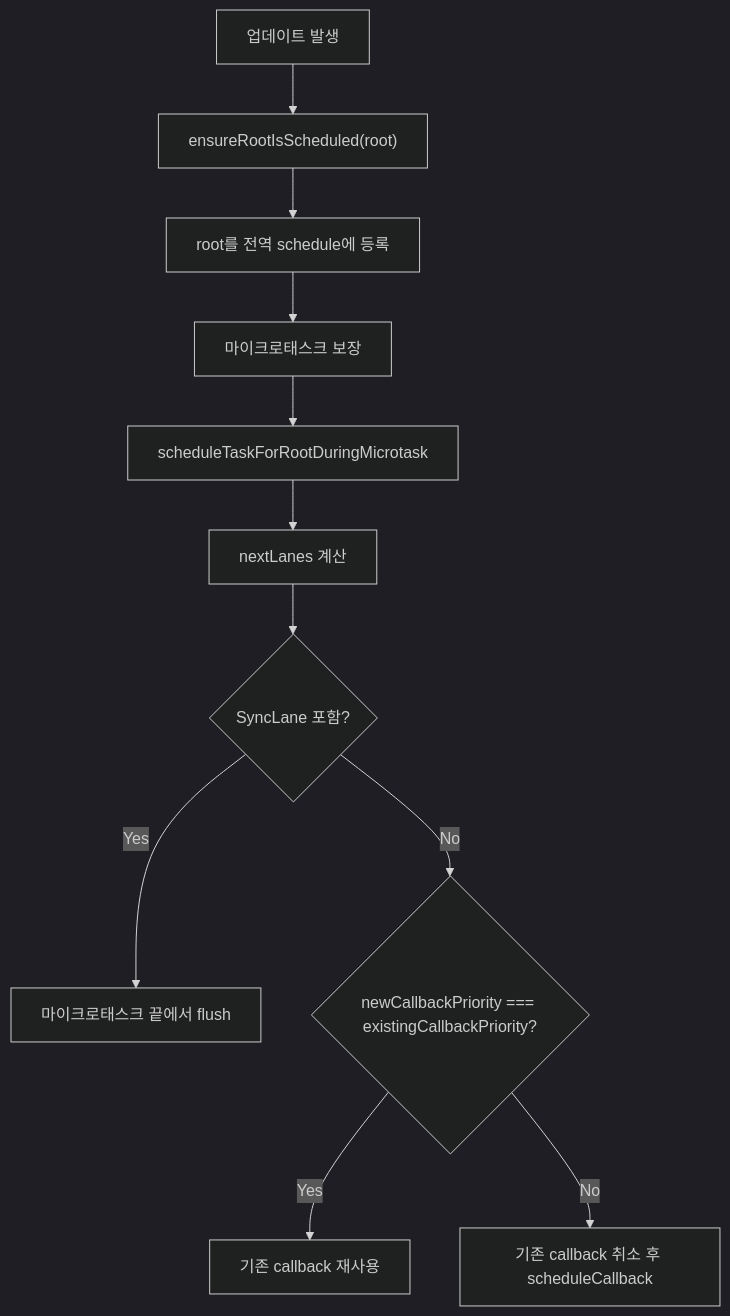
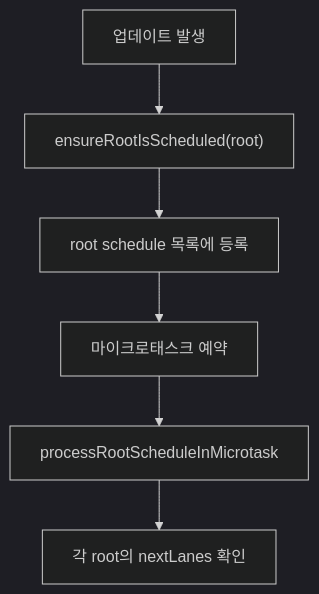
One commit to junbox98221/JK-study changed the diagram in react/part2/ch14.md. Above: the diagram before and after it, drawn with Mermaid (dark theme). The commit also changed other lines of this file and 15 other files, not shown here.

````diff
--- a/react/part2/ch14.md
+++ b/react/part2/ch14.md
@@ -127,13 +36,8 @@
 ```mermaid
 flowchart TD
     A["업데이트 발생"] --> B["ensureRootIsScheduled(root)"]
-    B --> C["root를 전역 schedule에 등록"]
-    C --> D["마이크로태스크 보장"]
-    D --> E["scheduleTaskForRootDuringMicrotask"]
-    E --> F["nextLanes 계산"]
-    F --> G{"SyncLane 포함?"}
-    G -->|Yes| H["마이크로태스크 끝에서 flush"]
-    G -->|No| I{"newCallbackPriority === existingCallbackPriority?"}
-    I -->|Yes| J["기존 callback 재사용"]
-    I -->|No| K["기존 callback 취소 후 scheduleCallback"]
+    B --> C["root schedule 목록에 등록"]
+    C --> D["마이크로태스크 예약"]
+    D --> E["processRootScheduleInMicrotask"]
+    E --> F["각 root의 nextLanes 확인"]
 ```
````
